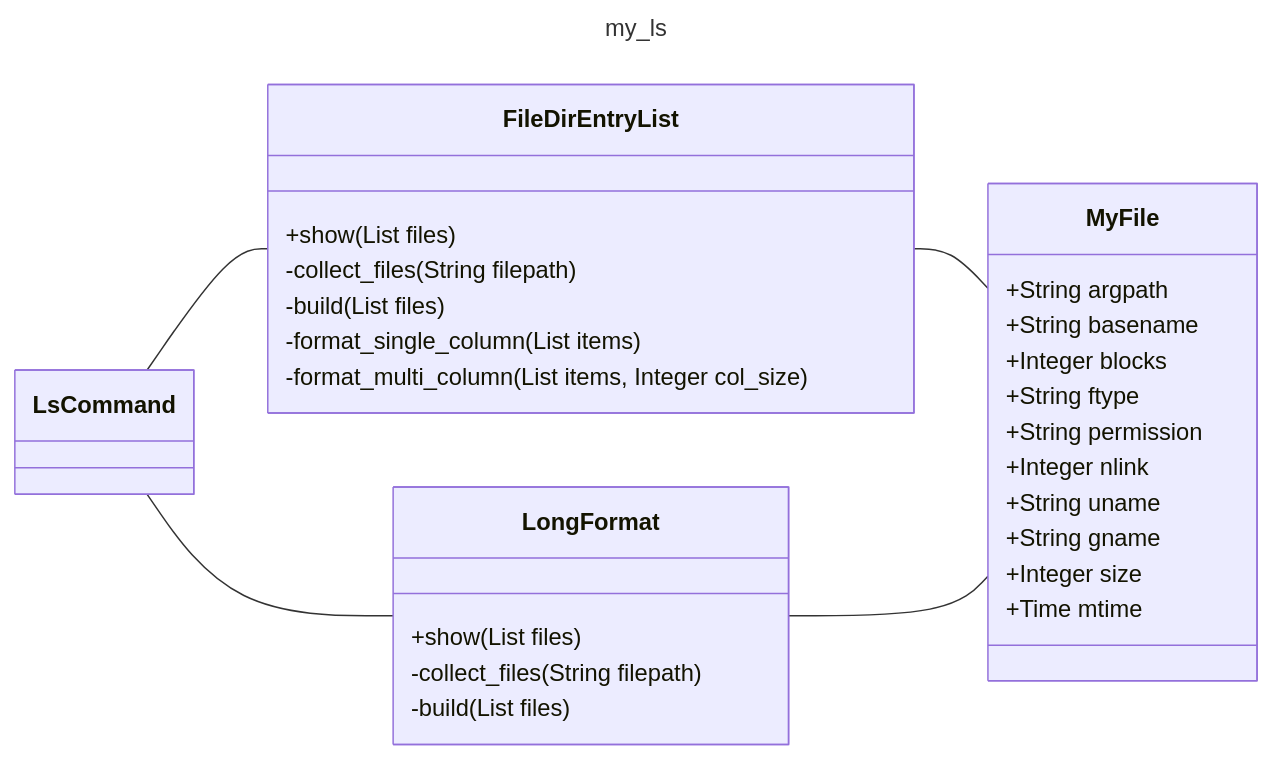
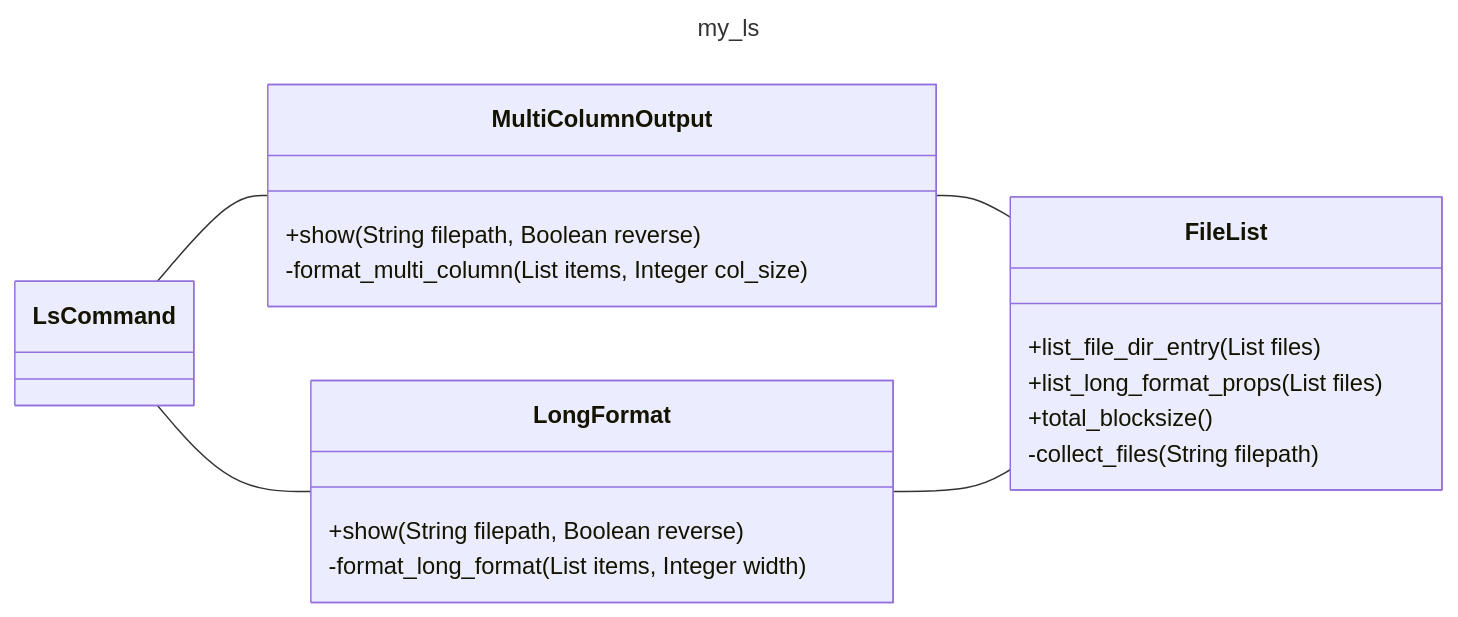
Before and after one commit to miyanew/ruby-practices: the diagram in 07.ls_object/doc/class_diagram.md, drawn with Mermaid. The commit also changed other lines of this file, not shown here.

Commit message:
クラス図の修正。FileListの役割を整理

````diff
--- a/07.ls_object/doc/class_diagram.md
+++ b/07.ls_object/doc/class_diagram.md
@@ -1,38 +1,28 @@
 ```mermaid
 ---
 title: my_ls
 ---
 
 classDiagram
     direction LR
-    LsCommand -- FileDirEntryList
+    LsCommand -- MultiColumnOutput
     LsCommand -- LongFormat
-    FileDirEntryList -- MyFile
-    LongFormat -- MyFile
+    MultiColumnOutput -- FileList
+    LongFormat -- FileList
 
-    class FileDirEntryList{
-      +show(List files)
-      -collect_files(String filepath)
-      -build(List files)
-      -format_single_column(List items)
+    class MultiColumnOutput{
+      +show(String filepath, Boolean reverse)
       -format_multi_column(List items, Integer col_size)
     }
     class LongFormat{
-      +show(List files)
+      +show(String filepath, Boolean reverse)
+      -format_long_format(List items, Integer width)
+    }
+    class FileList{
+      +list_file_dir_entry(List files)
+      +list_long_format_props(List files)
+      +total_blocksize()
       -collect_files(String filepath)
-      -build(List files)
-    }
-    class MyFile{
-      +String argpath
-      +String basename
-      +Integer blocks
-      +String ftype
-      +String permission
-      +Integer nlink
-      +String uname
-      +String gname
-      +Integer size
-      +Time mtime
     }
 
 ```
````
